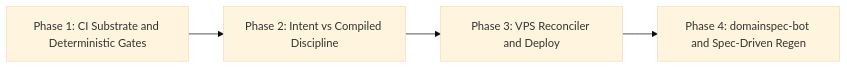
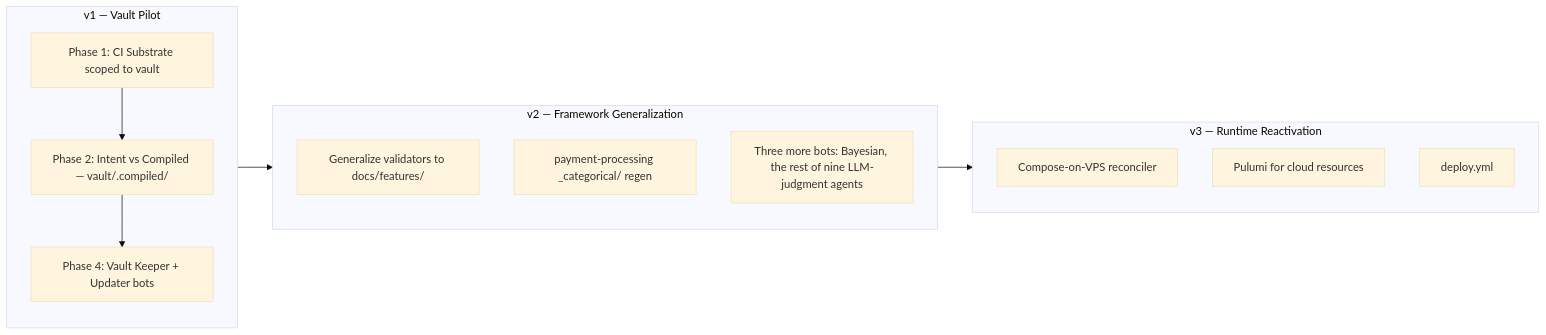
Before and after one commit to cyberAlchemyAI/domainspec: the third of 3 diagrams in docs/features/gitops-assessment/DISCOVERY.md, drawn with Mermaid (base theme). The commit also changed other lines of this file and 20 other files, not shown here.

````diff
--- a/docs/features/gitops-assessment/DISCOVERY.md
+++ b/docs/features/gitops-assessment/DISCOVERY.md
@@ -209,6 +266,19 @@
 ```mermaid
 graph LR
-    P1[Phase 1: CI Substrate and Deterministic Gates] --> P2[Phase 2: Intent vs Compiled Discipline]
-    P2 --> P3[Phase 3: VPS Reconciler and Deploy]
-    P3 --> P4[Phase 4: domainspec-bot and Spec-Driven Regen]
+    subgraph V1["v1 — Vault Pilot"]
+        P1[Phase 1: CI Substrate scoped to vault] --> P2[Phase 2: Intent vs Compiled — vault/.compiled/]
+        P2 --> P4[Phase 4: Vault Keeper + Updater bots]
+    end
+    subgraph V2["v2 — Framework Generalization"]
+        G1[Generalize validators to docs/features/]
+        G2[payment-processing _categorical/ regen]
+        G3[Three more bots: Bayesian, the rest of nine LLM-judgment agents]
+    end
+    subgraph V3["v3 — Runtime Reactivation"]
+        R1[Compose-on-VPS reconciler]
+        R2[Pulumi for cloud resources]
+        R3[deploy.yml]
+    end
+    V1 --> V2
+    V2 --> V3
 ```
````
